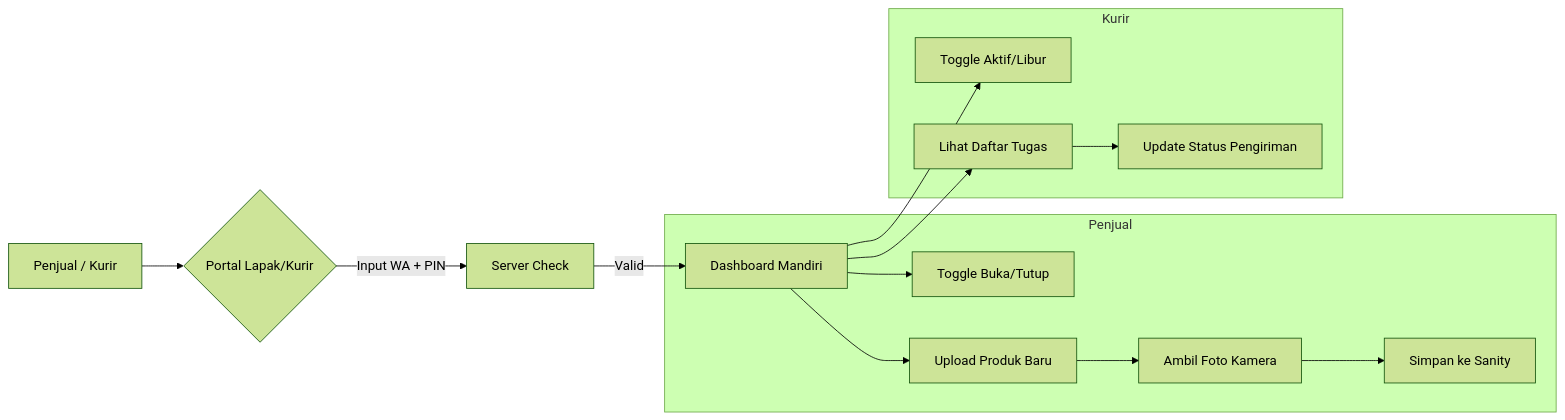
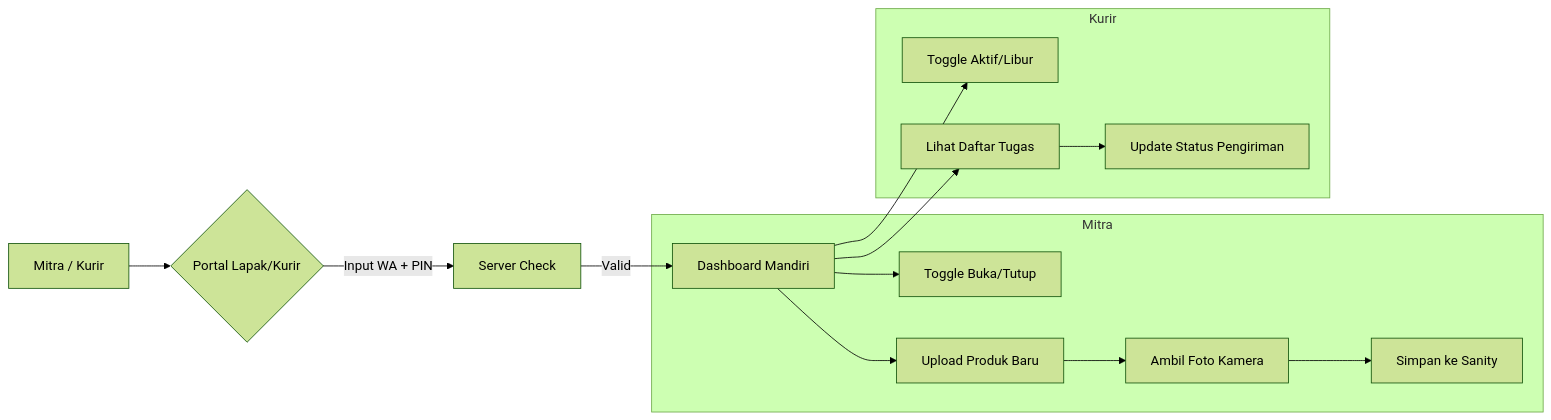
Before and after one commit to diskonnekted/anterbae: the third of 3 diagrams in DIAGRAM_ALUR.md, drawn with Mermaid (forest theme). The commit also changed other lines of this file and 13 other files, not shown here.

````diff
--- a/DIAGRAM_ALUR.md
+++ b/DIAGRAM_ALUR.md
@@ -53,19 +53,19 @@
 ```mermaid
 graph LR
-    User[Penjual / Kurir] --> Login{Portal Lapak/Kurir}
+    User[Mitra / Kurir] --> Login{Portal Lapak/Kurir}
     Login --> |Input WA + PIN| Auth[Server Check]
     Auth --> |Valid| Dash[Dashboard Mandiri]
     
-    subgraph Penjual
+    subgraph Mitra
     Dash --> Op[Toggle Buka/Tutup]
     Dash --> Prod[Upload Produk Baru]
     Prod --> Cam[Ambil Foto Kamera]
     Cam --> Save[Simpan ke Sanity]
     end
     
     subgraph Kurir
     Dash --> Active[Toggle Aktif/Libur]
     Dash --> Task[Lihat Daftar Tugas]
     Task --> Update[Update Status Pengiriman]
     end
 ```
````
